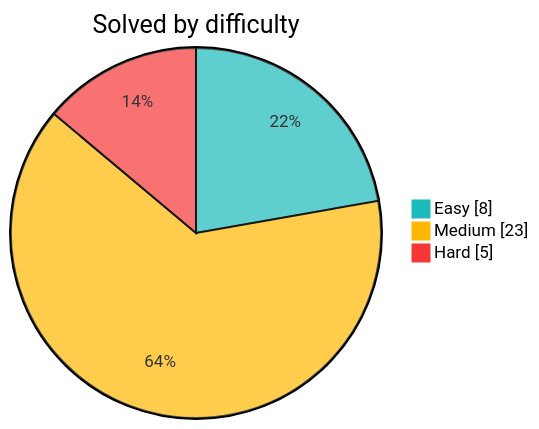
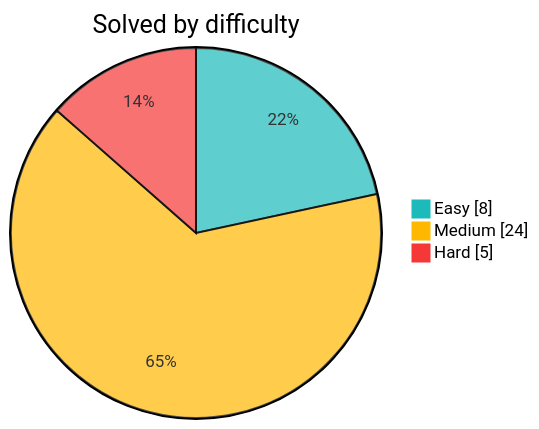
One commit to Sekler09/algorithms changed the diagram in README.md. Above: the diagram before and after it, drawn with Mermaid. The commit also changed other lines of this file and 3 other files, not shown here.

````diff
--- a/README.md
+++ b/README.md
@@ -9,8 +9,8 @@
 ```mermaid
 %%{init: {"themeVariables": {"pie1": "#1cbaba", "pie2": "#ffb700", "pie3": "#f63737"}}}%%
 pie showData
     title Solved by difficulty
     "Easy" : 8
-    "Medium" : 23
+    "Medium" : 24
     "Hard" : 5
 ```
````
